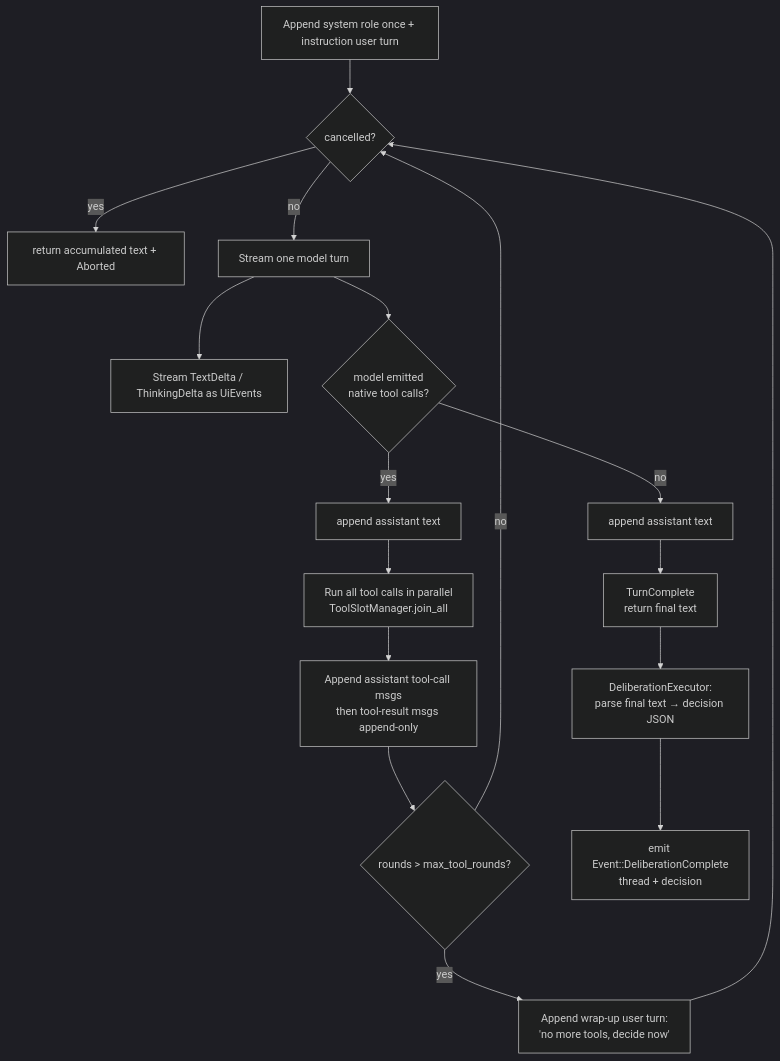
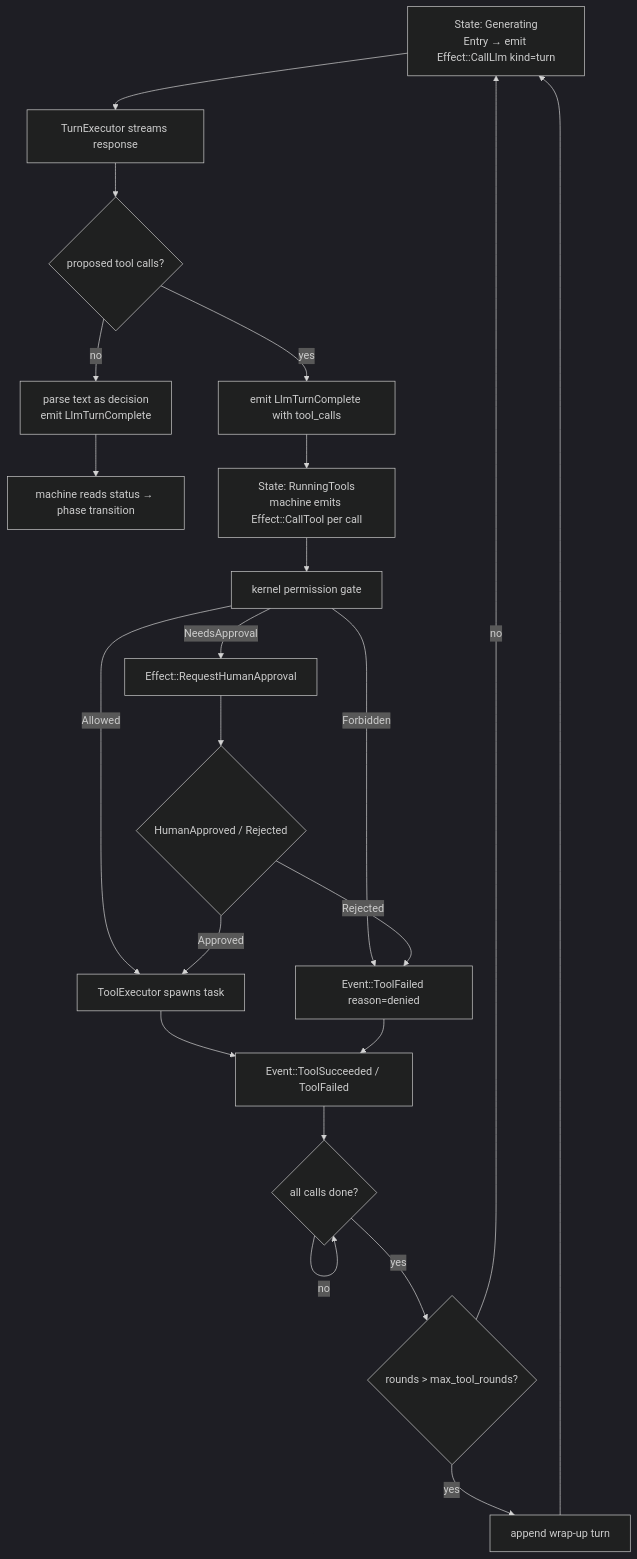
The diagram in docs/technical/deliberation-engine.md (swedishembedded/sven), drawn with Mermaid (dark theme) before and after one commit. The commit also changed other lines of this file and 5 other files, not shown here.

````diff
--- a/docs/technical/deliberation-engine.md
+++ b/docs/technical/deliberation-engine.md
@@ -125,18 +141,23 @@
 ```mermaid
 flowchart TD
-    A[Append system role once + instruction user turn] --> B{cancelled?}
-    B -- yes --> Z[return accumulated text + Aborted]
-    B -- no --> C[Stream one model turn]
-    C --> D[Stream TextDelta / ThinkingDelta as UiEvents]
-    C --> E{model emitted<br/>native tool calls?}
-    E -- no --> F[append assistant text] --> G[TurnComplete<br/>return final text]
-    E -- yes --> H[append assistant text]
-    H --> I[Run all tool calls in parallel<br/>ToolSlotManager.join_all]
-    I --> J[Append assistant tool-call msgs<br/>then tool-result msgs append-only]
-    J --> K{rounds > max_tool_rounds?}
-    K -- yes --> L[Append wrap-up user turn:<br/>'no more tools, decide now']
-    K -- no --> B
-    L --> B
-    G --> M[DeliberationExecutor:<br/>parse final text → decision JSON]
-    M --> N[emit Event::DeliberationComplete<br/>thread + decision]
+    A[State: Generating<br/>Entry → emit Effect::CallLlm kind=turn] --> B[TurnExecutor streams response]
+    B --> C{proposed tool calls?}
+    C -- no --> D[parse text as decision<br/>emit LlmTurnComplete]
+    D --> E[machine reads status → phase transition]
+    C -- yes --> F[emit LlmTurnComplete with tool_calls]
+    F --> G[State: RunningTools<br/>machine emits Effect::CallTool per call]
+    G --> H[kernel permission gate]
+    H -- Allowed --> I[ToolExecutor spawns task]
+    H -- Forbidden --> J[Event::ToolFailed reason=denied]
+    H -- NeedsApproval --> K[Effect::RequestHumanApproval]
+    I --> L[Event::ToolSucceeded / ToolFailed]
+    J --> L
+    K --> M{HumanApproved / Rejected}
+    M -- Approved --> I
+    M -- Rejected --> J
+    L --> N{all calls done?}
+    N -- no --> N
+    N -- yes --> O{rounds > max_tool_rounds?}
+    O -- yes --> P[append wrap-up turn] --> A
+    O -- no --> A
 ```
````
